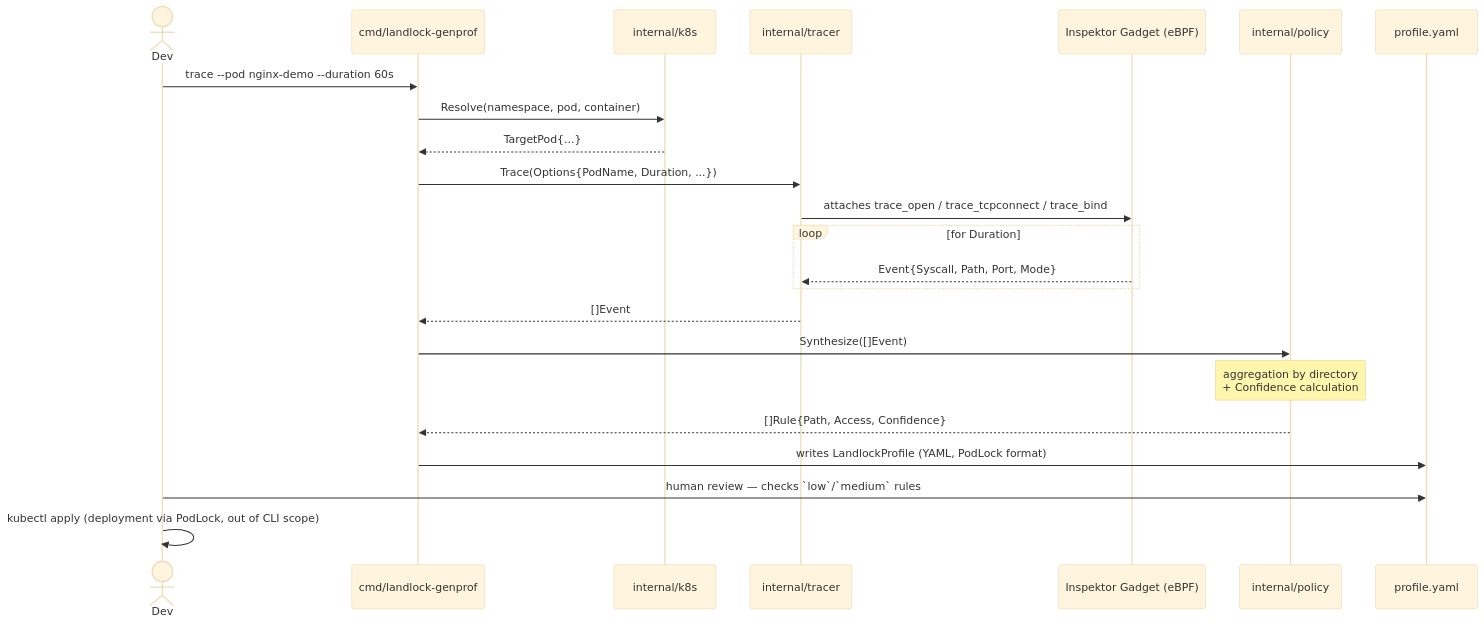
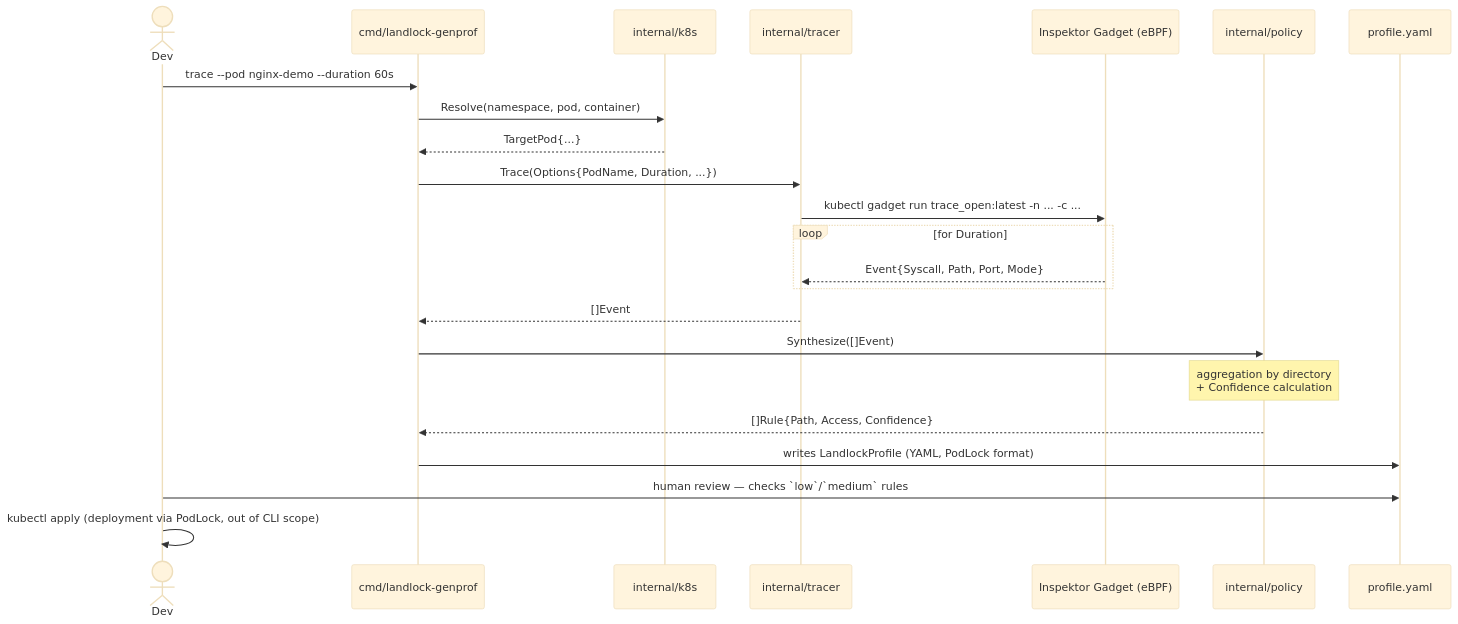
Before and after one commit to idriss-eliguene/landlock-genprof: the second of 3 diagrams in docs/architecture.md, drawn with Mermaid (base theme). The commit also changed other lines of this file and 12 other files, not shown here.

````diff
--- a/docs/architecture.md
+++ b/docs/architecture.md
@@ -63,26 +62,26 @@
 ```mermaid
 sequenceDiagram
     actor Dev
     participant CLI as cmd/landlock-genprof
     participant K8s as internal/k8s
     participant Tracer as internal/tracer
     participant IG as Inspektor Gadget (eBPF)
     participant Policy as internal/policy
     participant FS as profile.yaml
 
     Dev->>CLI: trace --pod nginx-demo --duration 60s
     CLI->>K8s: Resolve(namespace, pod, container)
     K8s-->>CLI: TargetPod{...}
     CLI->>Tracer: Trace(Options{PodName, Duration, ...})
-    Tracer->>IG: attaches trace_open / trace_tcpconnect / trace_bind
+    Tracer->>IG: kubectl gadget run trace_open:latest -n ... -c ...
     loop for Duration
         IG-->>Tracer: Event{Syscall, Path, Port, Mode}
     end
     Tracer-->>CLI: []Event
     CLI->>Policy: Synthesize([]Event)
     Note over Policy: aggregation by directory<br/>+ Confidence calculation
     Policy-->>CLI: []Rule{Path, Access, Confidence}
     CLI->>FS: writes LandlockProfile (YAML, PodLock format)
     Dev->>FS: human review — checks `low`/`medium` rules
     Dev->>Dev: kubectl apply (deployment via PodLock, out of CLI scope)
 ```
````
